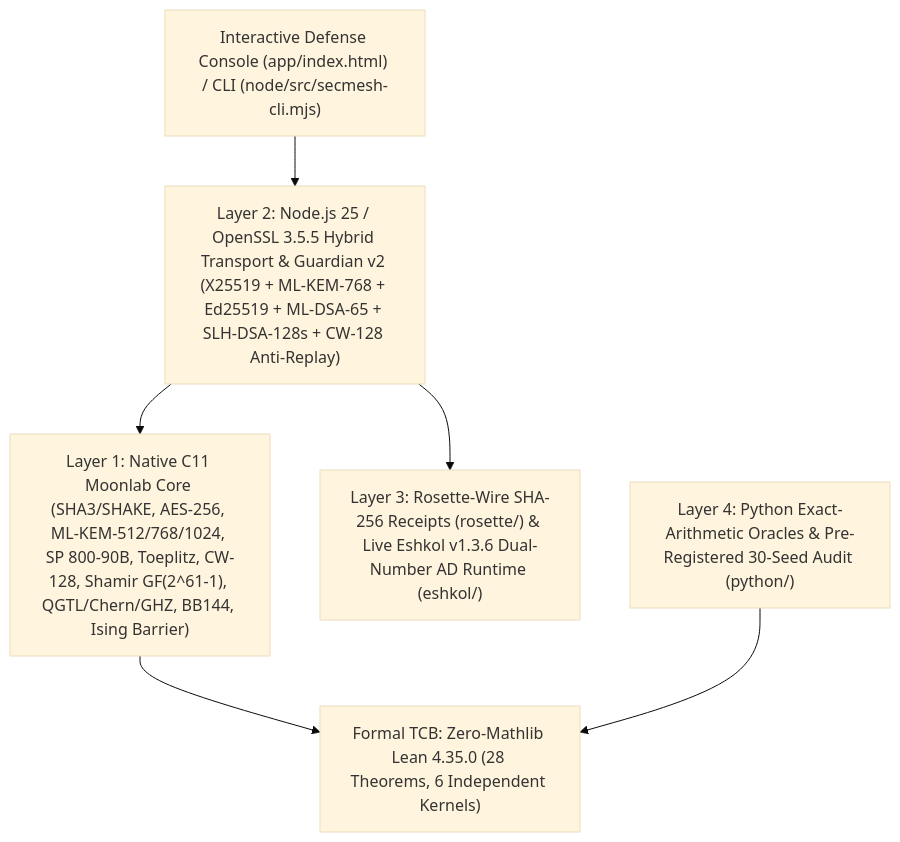
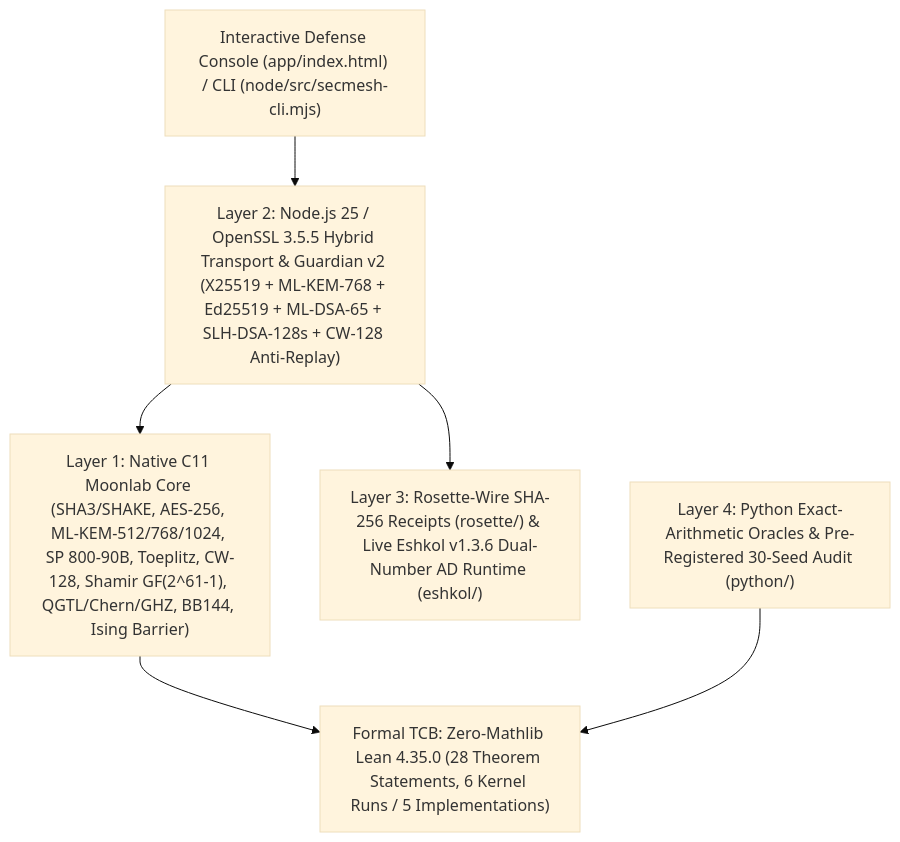
Before and after one commit to 0thernes/secmesh-pqsi: the diagram in docs/architecture.md, drawn with Mermaid (base theme). The commit also changed other lines of this file and 15 other files, not shown here.

````diff
--- a/docs/architecture.md
+++ b/docs/architecture.md
@@ -5,9 +5,9 @@
 ```mermaid
 flowchart TD
   U["Interactive Defense Console (app/index.html) / CLI (node/src/secmesh-cli.mjs)"] --> N
   N["Layer 2: Node.js 25 / OpenSSL 3.5.5 Hybrid Transport & Guardian v2 (X25519 + ML-KEM-768 + Ed25519 + ML-DSA-65 + SLH-DSA-128s + CW-128 Anti-Replay)"] --> C
   N --> R["Layer 3: Rosette-Wire SHA-256 Receipts (rosette/) & Live Eshkol v1.3.6 Dual-Number AD Runtime (eshkol/)"]
   C["Layer 1: Native C11 Moonlab Core (SHA3/SHAKE, AES-256, ML-KEM-512/768/1024, SP 800-90B, Toeplitz, CW-128, Shamir GF(2^61-1), QGTL/Chern/GHZ, BB144, Ising Barrier)"] --> L
   P["Layer 4: Python Exact-Arithmetic Oracles & Pre-Registered 30-Seed Audit (python/)"] --> L
-  L["Formal TCB: Zero-Mathlib Lean 4.35.0 (28 Theorems, 6 Independent Kernels)"]
+  L["Formal TCB: Zero-Mathlib Lean 4.35.0 (28 Theorem Statements, 6 Kernel Runs / 5 Implementations)"]
 ```
````
